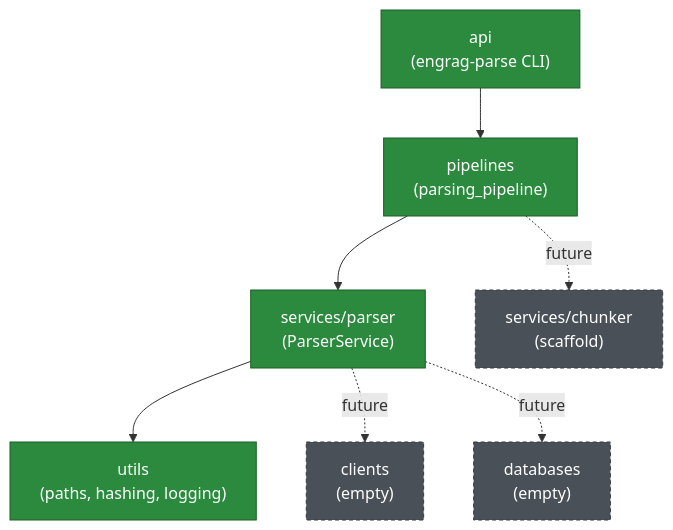
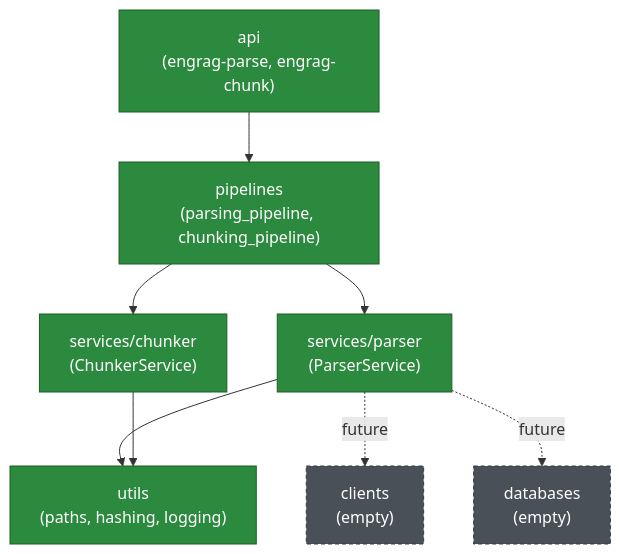
The diagram in docs/architecture/service_architecture.md (nnourmmohamedd/engineering-rag-parser), drawn with Mermaid before and after one commit. The commit also changed other lines of this file and 61 other files, not shown here.

First line of the commit message:
Implement hierarchical-first, conditionally-recursive chunking service

````diff
--- a/docs/architecture/service_architecture.md
+++ b/docs/architecture/service_architecture.md
@@ -53,14 +53,15 @@
 ```mermaid
 flowchart TD
-    api["api\n(engrag-parse CLI)"] --> pipelines["pipelines\n(parsing_pipeline)"]
-    pipelines --> services["services/parser\n(ParserService)"]
-    services --> utils["utils\n(paths, hashing, logging)"]
-    services -.future.-> clients["clients\n(empty)"]
-    services -.future.-> databases["databases\n(empty)"]
-    pipelines -.future.-> chunker["services/chunker\n(scaffold)"]
+    api["api\n(engrag-parse, engrag-chunk)"] --> pipelines["pipelines\n(parsing_pipeline, chunking_pipeline)"]
+    pipelines --> parser["services/parser\n(ParserService)"]
+    pipelines --> chunker["services/chunker\n(ChunkerService)"]
+    parser --> utils["utils\n(paths, hashing, logging)"]
+    chunker --> utils
+    parser -.future.-> clients["clients\n(empty)"]
+    parser -.future.-> databases["databases\n(empty)"]
 
     classDef impl fill:#2b8a3e,stroke:#1b5e24,color:#fff
     classDef scaffold fill:#495057,stroke:#343a40,color:#fff,stroke-dasharray: 4 3
-    class api,pipelines,services,utils impl
-    class clients,databases,chunker scaffold
+    class api,pipelines,parser,chunker,utils impl
+    class clients,databases scaffold
 ```
````
